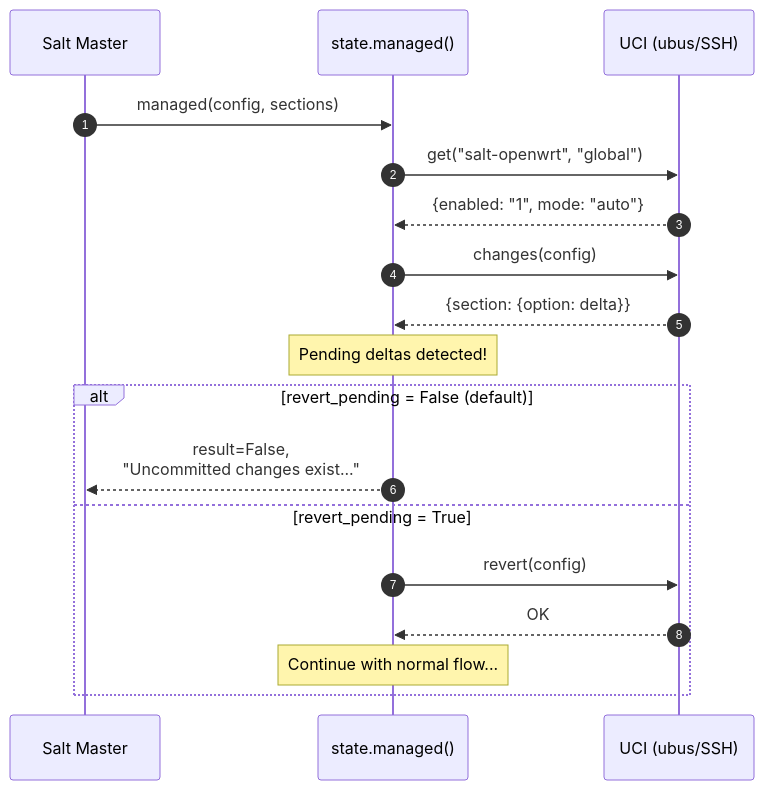
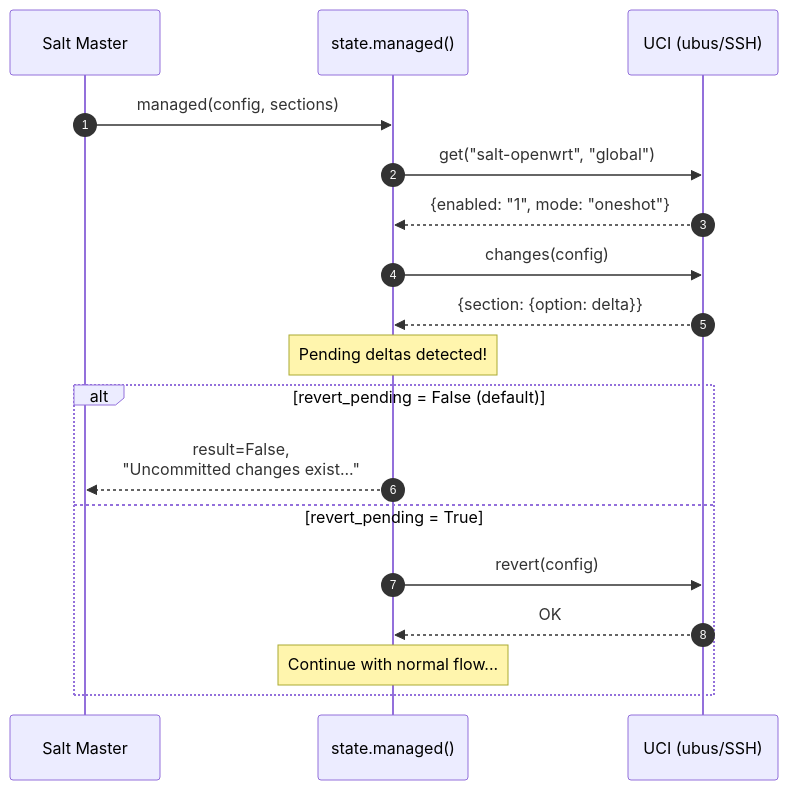
The seventh of 7 diagrams in docs/topics/managed-flow.md (cprima-homelab/saltext-openwrt-ubus), drawn with Mermaid before and after one commit. The commit also changed other lines of this file and 6 other files, not shown here.

````diff
--- a/docs/topics/managed-flow.md
+++ b/docs/topics/managed-flow.md
@@ -308,24 +300,24 @@
 ```{mermaid}
 sequenceDiagram
     autonumber
     participant Master as Salt Master
     participant State as state.managed()
     participant UCI as UCI (ubus/SSH)
 
     Master->>State: managed(config, sections)
     State->>UCI: get("salt-openwrt", "global")
-    UCI-->>State: {enabled: "1", mode: "auto"}
+    UCI-->>State: {enabled: "1", mode: "oneshot"}
 
     State->>UCI: changes(config)
     UCI-->>State: {section: {option: delta}}
 
     Note over State: Pending deltas detected!
 
     alt revert_pending = False (default)
         State-->>Master: result=False,<br/>"Uncommitted changes exist..."
     else revert_pending = True
         State->>UCI: revert(config)
         UCI-->>State: OK
         Note over State: Continue with normal flow...
     end
 ```
````
